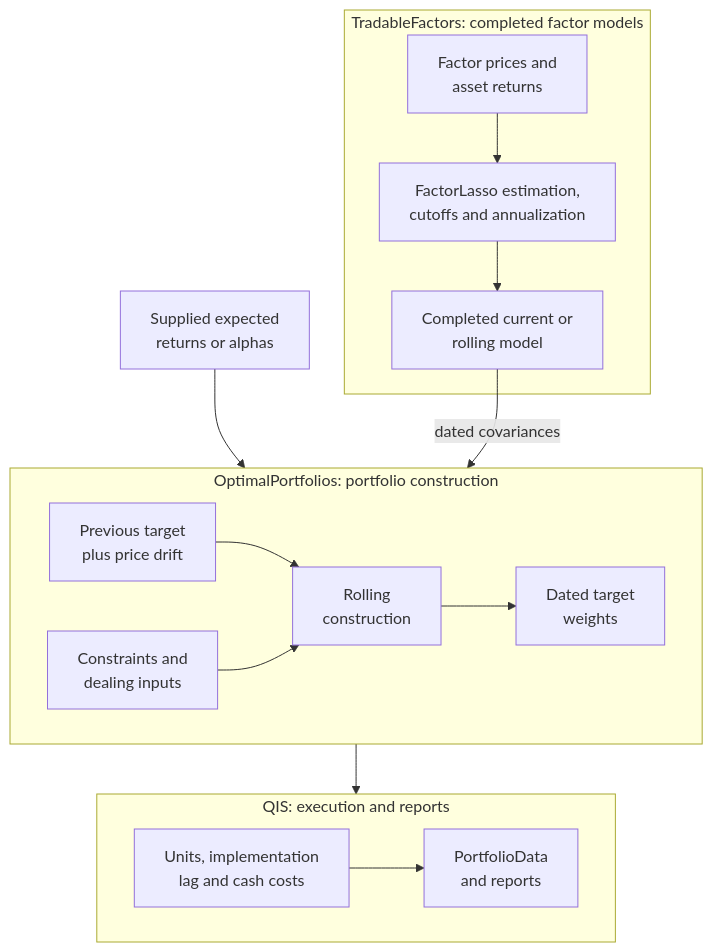
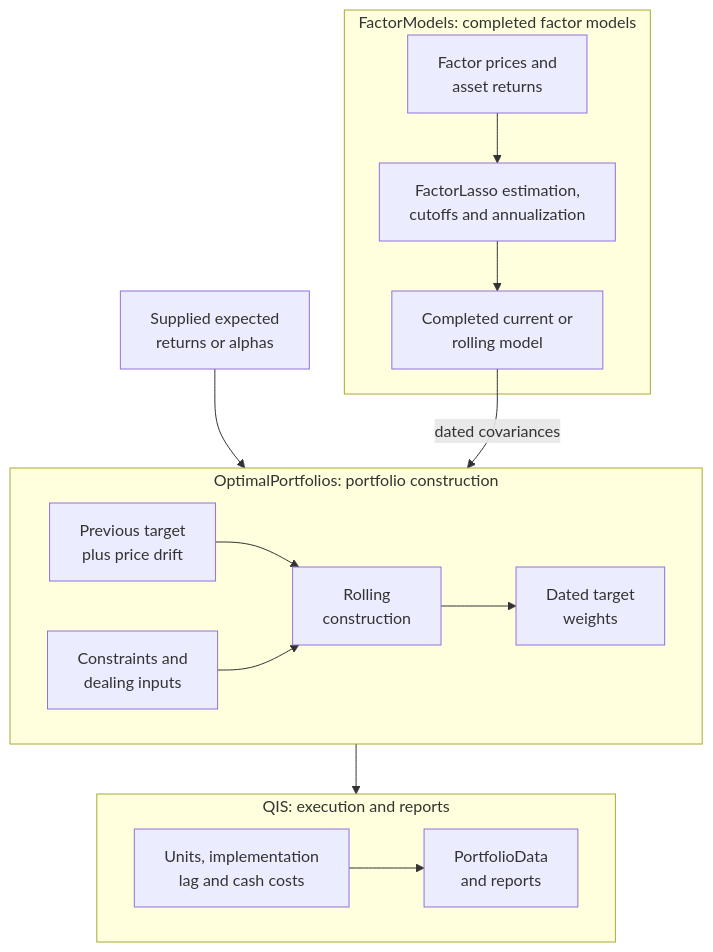
One commit to ArturSepp/OptimalPortfolios changed the first of 2 diagrams in docs/software_design.md. Above: the diagram before and after it, drawn with Mermaid. The commit also changed other lines of this file and 109 other files, not shown here.

````diff
--- a/docs/software_design.md
+++ b/docs/software_design.md
@@ -47,21 +47,21 @@
 ```mermaid
 flowchart TB
-    subgraph estimate ["TradableFactors: completed factor models"]
+    subgraph estimate ["FactorModels: completed factor models"]
         P["Factor prices and<br/>asset returns"] --> E["FactorLasso estimation,<br/>cutoffs and annualization"]
         E --> F["Completed current or<br/>rolling model"]
     end
     A["Supplied expected<br/>returns or alphas"] --> R
     F -->|dated covariances| R
     subgraph decide ["OptimalPortfolios: portfolio construction"]
         direction LR
         R["Rolling<br/>construction"]
         S["Previous target<br/>plus price drift"] --> R
         C["Constraints and<br/>dealing inputs"] --> R
         R --> W["Dated target<br/>weights"]
     end
     subgraph execute ["QIS: execution and reports"]
         direction LR
         Q["Units, implementation<br/>lag and cash costs"] --> D["PortfolioData<br/>and reports"]
     end
     W --> Q
 ```
````
